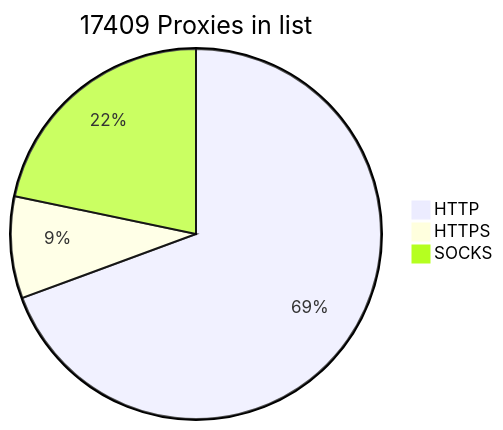
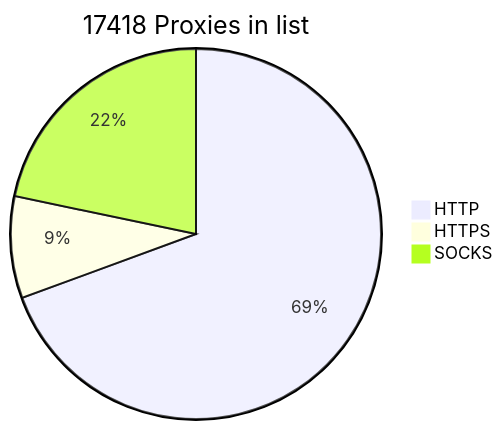
Before and after one commit to BlackSnowDot/proxylist-update-every-minute: the diagram in README.md, drawn with Mermaid.

````diff
--- a/README.md
+++ b/README.md
@@ -2,6 +2,6 @@
 ```mermaid
-pie title 17409 Proxies in list
-    "HTTP" : 12449
+pie title 17418 Proxies in list
+    "HTTP" : 12458
     "HTTPS": 1595
     "SOCKS" : 3898
 ```
````
